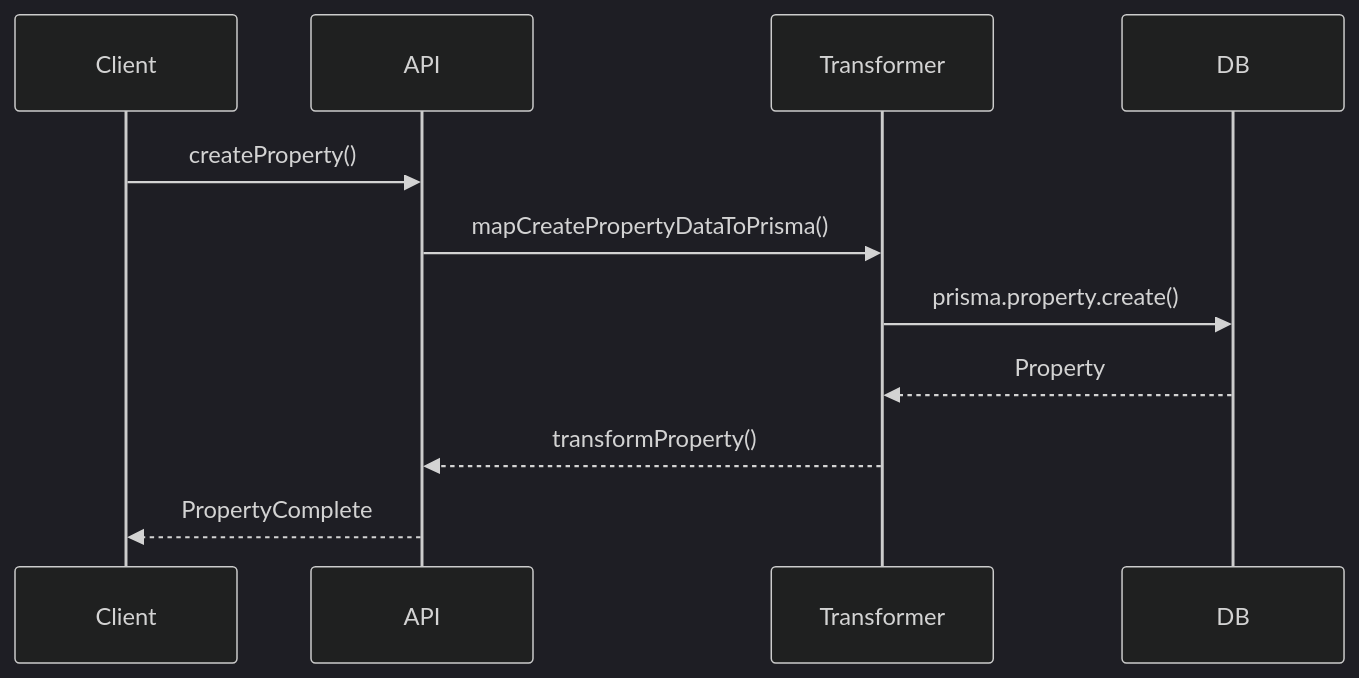
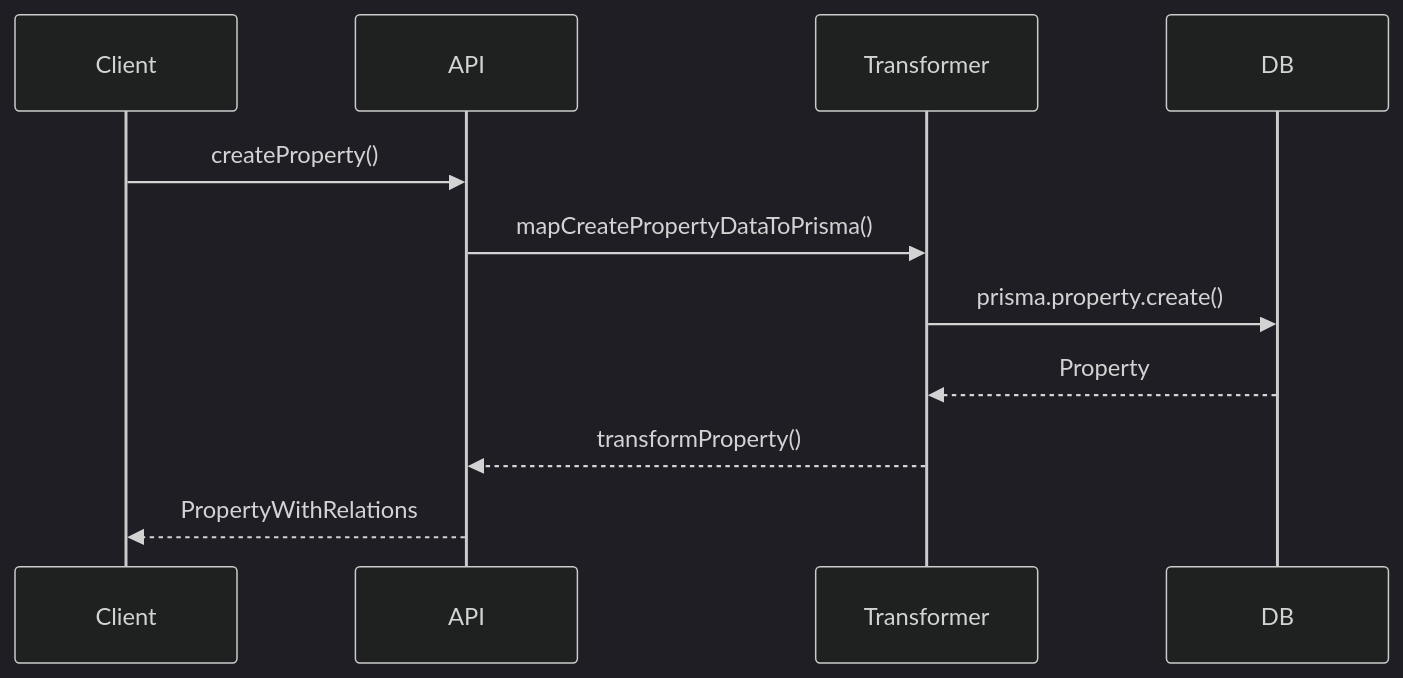
The second of 2 diagrams in src/types/entities/property/documentation.md (gvastethecreator/media-manager), drawn with Mermaid (dark theme) before and after one commit. The commit also changed other lines of this file and 207 other files, not shown here.

````diff
--- a/src/types/entities/property/documentation.md
+++ b/src/types/entities/property/documentation.md
@@ -38,13 +59,13 @@
 ```mermaid
 sequenceDiagram
     participant Client
     participant API
     participant Transformer
     participant DB
     Client->>API: createProperty()
     API->>Transformer: mapCreatePropertyDataToPrisma()
     Transformer->>DB: prisma.property.create()
     DB-->>Transformer: Property
     Transformer-->>API: transformProperty()
-    API-->>Client: PropertyComplete
+    API-->>Client: PropertyWithRelations
 ```
````
